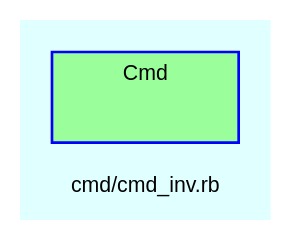
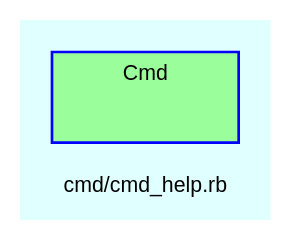
The diagram in doc/dot/f_10.dot (Tyche/teensymud), drawn with Graphviz before and after one commit. The commit also changed 92 other files, not shown here.

```diff
--- a/doc/dot/f_10.dot
+++ b/doc/dot/f_10.dot
@@ -1,29 +1,29 @@
 digraph TopLevel {
     compound = true
     bgcolor = lightcyan1
     fontname = Arial
     fontsize = 8
-    label = "cmd/cmd_inv.rb"
+    label = "cmd/cmd_help.rb"
     node [
         fontname = Arial,
         fontsize = 8,
         color = black
     ]
 
     subgraph cluster_Cmd {
         fillcolor = palegreen1
         URL = "classes/Cmd.html"
         fontname = Arial
         color = blue
         label = "Cmd"
         style = filled
         Cmd [
             shape = plaintext,
             height = 0.01,
             width = 0.75,
             label = ""
         ]
 
     }
 
 }
```
